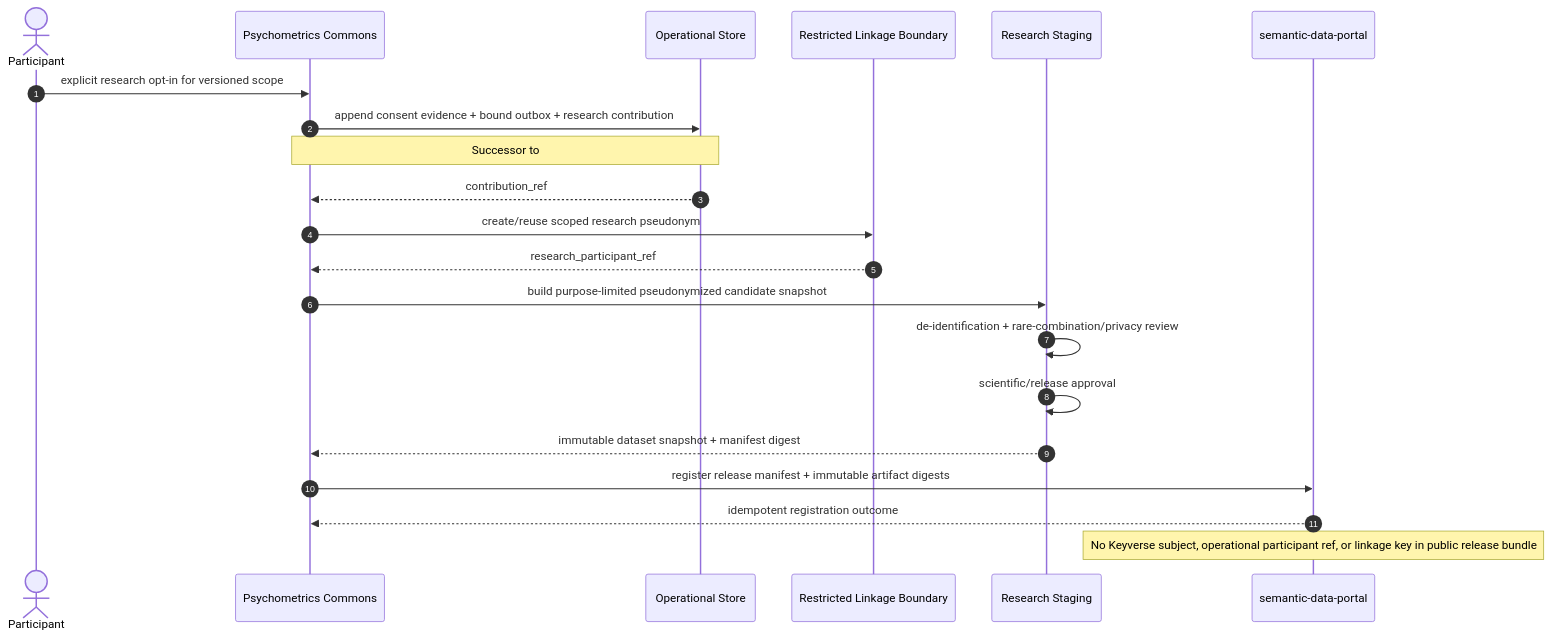
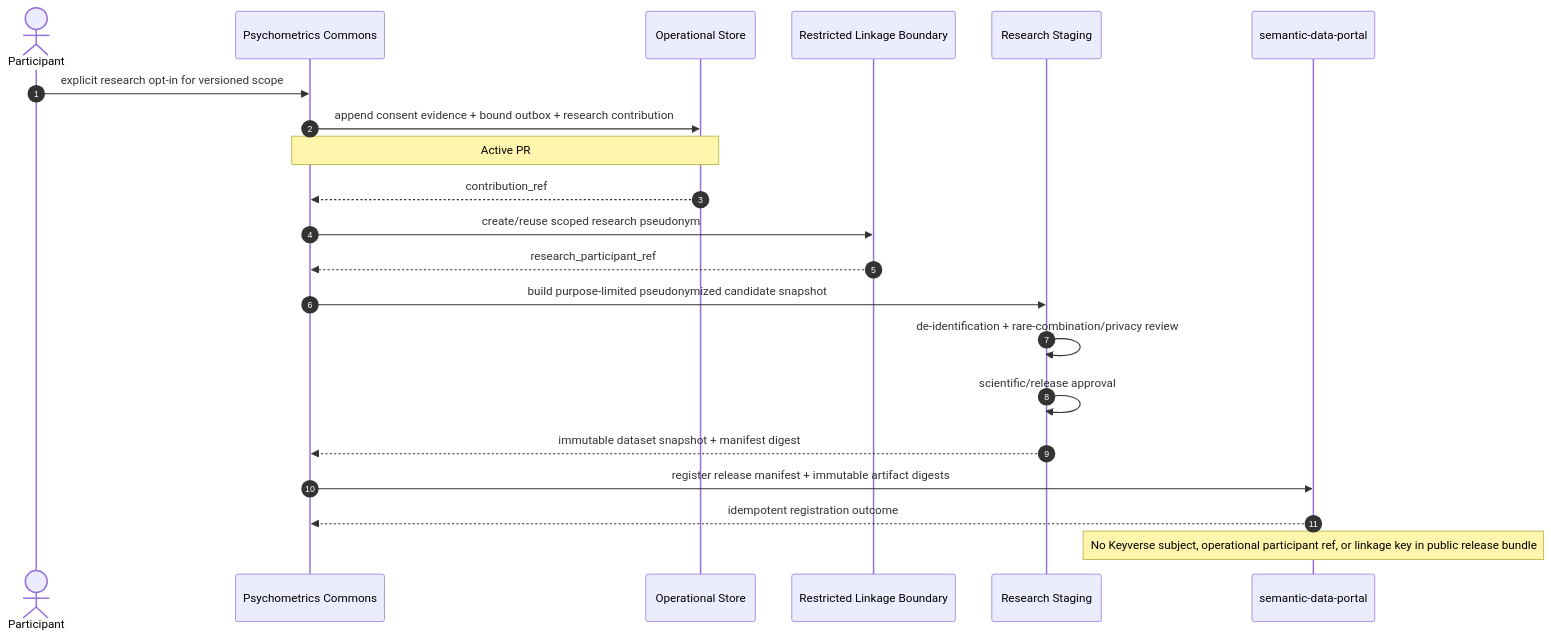
Diagram 11 of 12 in docs/architecture/UML.md (ContextualWisdomLab/psychometrics-commons), drawn with Mermaid before and after one commit. The commit also changed 3 other files, not shown here.

First line of the commit message:
docs(consent): name Active PR #123 as the merge candidate

````diff
--- a/docs/architecture/UML.md
+++ b/docs/architecture/UML.md
@@ -443,27 +443,27 @@
 ```mermaid
 sequenceDiagram
     autonumber
     actor P as Participant
     participant A as Psychometrics Commons
     participant DB as Operational Store
     participant L as Restricted Linkage Boundary
     participant R as Research Staging
     participant S as semantic-data-portal
 
     P->>A: explicit research opt-in for versioned scope
     A->>DB: append consent evidence + bound outbox + research contribution
-    Note over A,DB: Successor to #70/#112 commits the consent ledger change with its causally bound outbox row after locking the insert-order durable ledger tail
+    Note over A,DB: Active PR #123 commits the consent ledger change with its causally bound outbox row after locking the insert-order durable ledger tail
     DB-->>A: contribution_ref
     A->>L: create/reuse scoped research pseudonym
     L-->>A: research_participant_ref
 
     A->>R: build purpose-limited pseudonymized candidate snapshot
     R->>R: de-identification + rare-combination/privacy review
     R->>R: scientific/release approval
     R-->>A: immutable dataset snapshot + manifest digest
 
     A->>S: register release manifest + immutable artifact digests
     S-->>A: idempotent registration outcome
 
     Note over S: No Keyverse subject, operational participant ref, or linkage key in public release bundle
 ```
````
